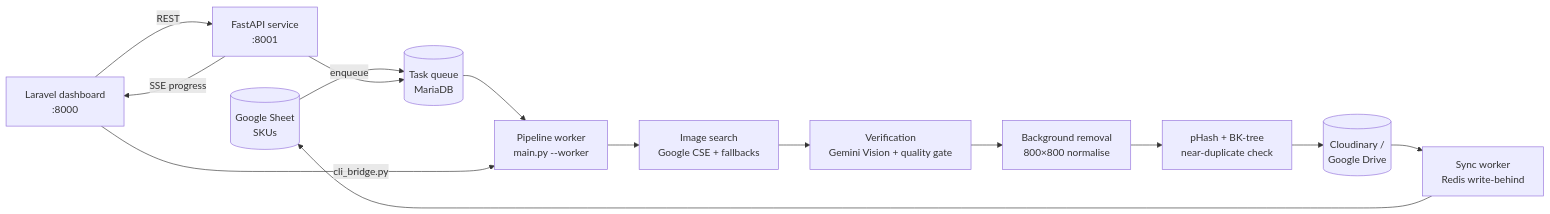
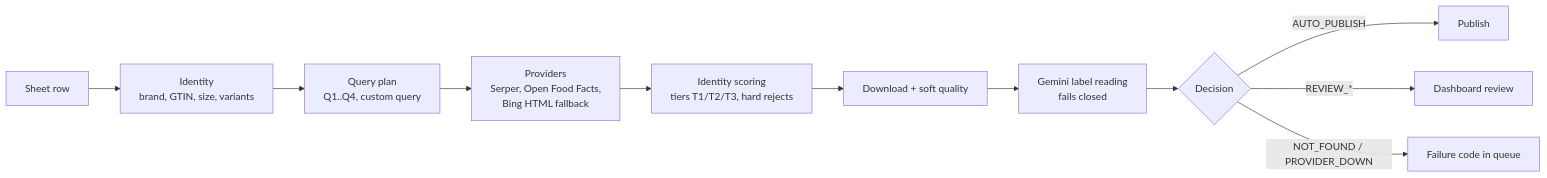
One commit to OsamaHamad123/product-image-automation-pipeline changed the diagram in README.md. Above: the diagram before and after it, drawn with Mermaid. The commit also changed other lines of this file and 132 other files, not shown here.

First line of the commit message:
WP-5: wire v2 decisions into queue, cache, review actions and sheet writes

````diff
--- a/README.md
+++ b/README.md
@@ -12,17 +16,13 @@
 ```mermaid
 flowchart LR
-    Sheet[(Google Sheet<br/>SKUs)] -->|enqueue| Queue[(Task queue<br/>MariaDB)]
-    Queue --> Worker[Pipeline worker<br/>main.py --worker]
-    Worker --> Search[Image search<br/>Google CSE + fallbacks]
-    Search --> Verify[Verification<br/>Gemini Vision + quality gate]
-    Verify --> Process[Background removal<br/>800×800 normalise]
-    Process --> Dedup[pHash + BK-tree<br/>near-duplicate check]
-    Dedup --> Store[(Cloudinary /<br/>Google Drive)]
-    Store --> Sync[Sync worker<br/>Redis write-behind]
-    Sync --> Sheet
-
-    Dashboard[Laravel dashboard<br/>:8000] -->|REST| API[FastAPI service<br/>:8001]
-    API -->|SSE progress| Dashboard
-    API --> Queue
-    Dashboard -->|cli_bridge.py| Worker
+    Row[Sheet row] --> Id[Identity<br/>brand, GTIN, size, variants]
+    Id --> Plan[Query plan<br/>Q1..Q4, custom query]
+    Plan --> Prov[Providers<br/>Serper, Open Food Facts,<br/>Bing HTML fallback]
+    Prov --> Score[Identity scoring<br/>tiers T1/T2/T3, hard rejects]
+    Score --> Fetch[Download + soft quality]
+    Fetch --> VLM[Gemini label reading<br/>fails closed]
+    VLM --> Decide{Decision}
+    Decide -->|AUTO_PUBLISH| Pub[Publish]
+    Decide -->|REVIEW_*| Review[Dashboard review]
+    Decide -->|NOT_FOUND / PROVIDER_DOWN| Queue[Failure code in queue]
 ```
````
